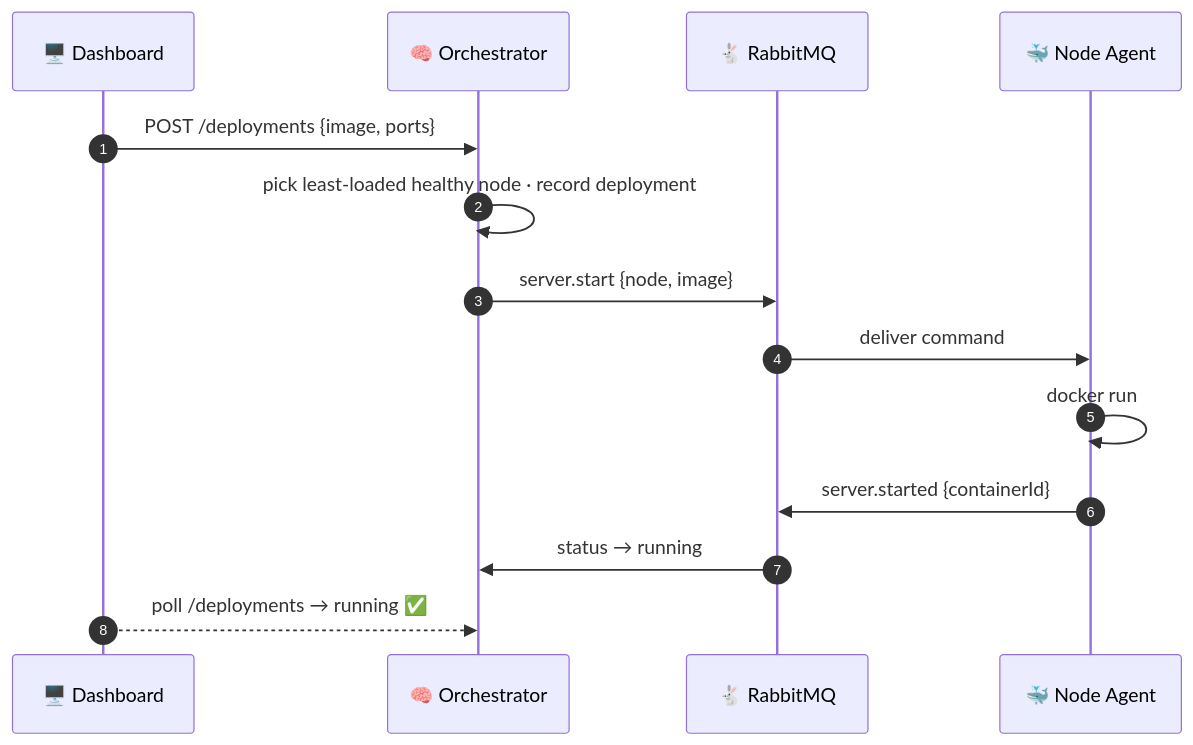
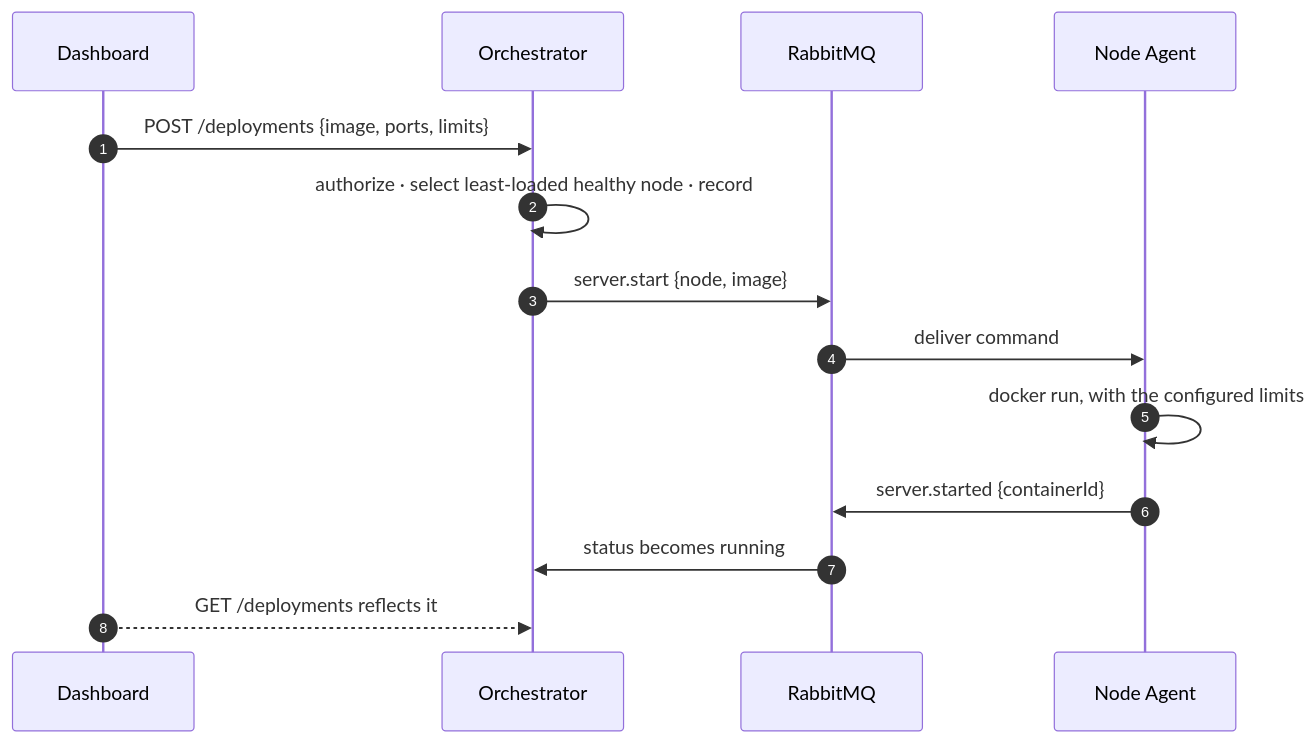
Before and after one commit to Tombomeke-Studios/NexusInfra: the second of 3 diagrams in README.md, drawn with Mermaid. The commit also changed other lines of this file, not shown here.

````diff
--- a/README.md
+++ b/README.md
@@ -131,17 +176,17 @@
 ```mermaid
 sequenceDiagram
     autonumber
-    participant U as 🖥️ Dashboard
-    participant O as 🧠 Orchestrator
-    participant Q as 🐇 RabbitMQ
-    participant A as 🐳 Node Agent
+    participant U as Dashboard
+    participant O as Orchestrator
+    participant Q as RabbitMQ
+    participant A as Node Agent
 
-    U->>O: POST /deployments {image, ports}
-    O->>O: pick least-loaded healthy node · record deployment
+    U->>O: POST /deployments {image, ports, limits}
+    O->>O: authorize · select least-loaded healthy node · record
     O->>Q: server.start {node, image}
     Q->>A: deliver command
-    A->>A: docker run
+    A->>A: docker run, with the configured limits
     A->>Q: server.started {containerId}
-    Q->>O: status → running
-    U-->>O: poll /deployments → running ✅
+    Q->>O: status becomes running
+    U-->>O: GET /deployments reflects it
 ```
````
